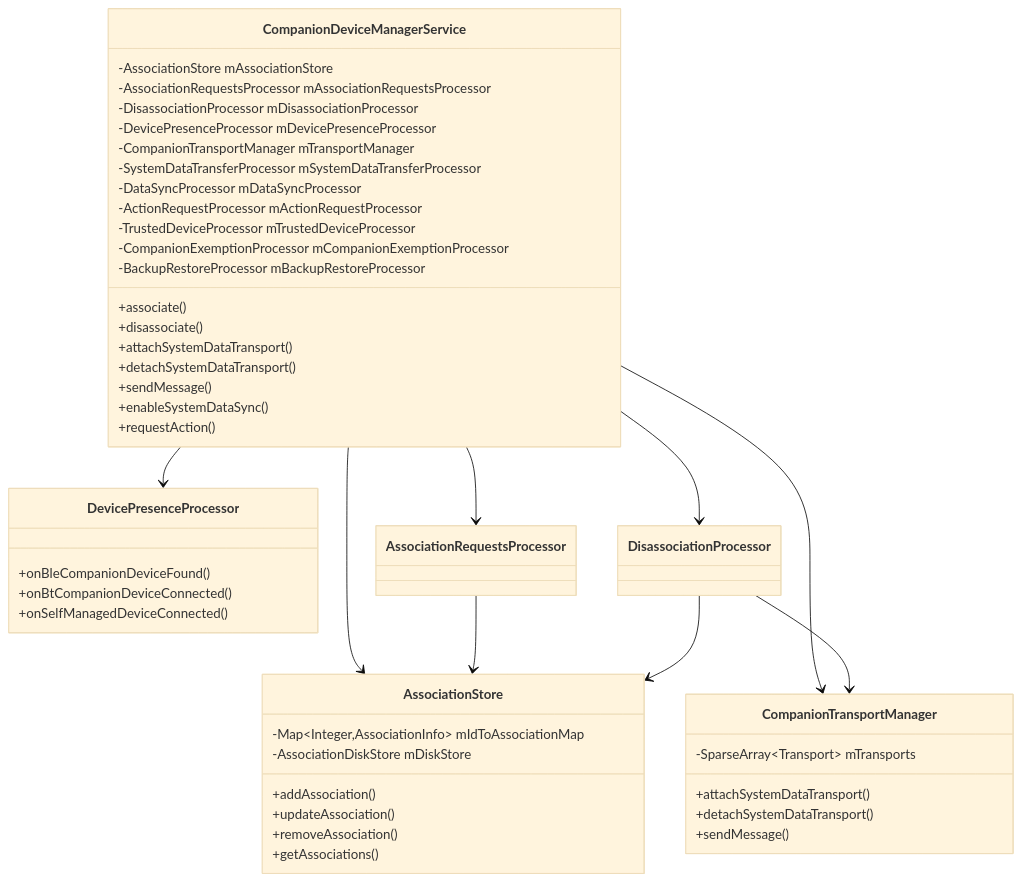
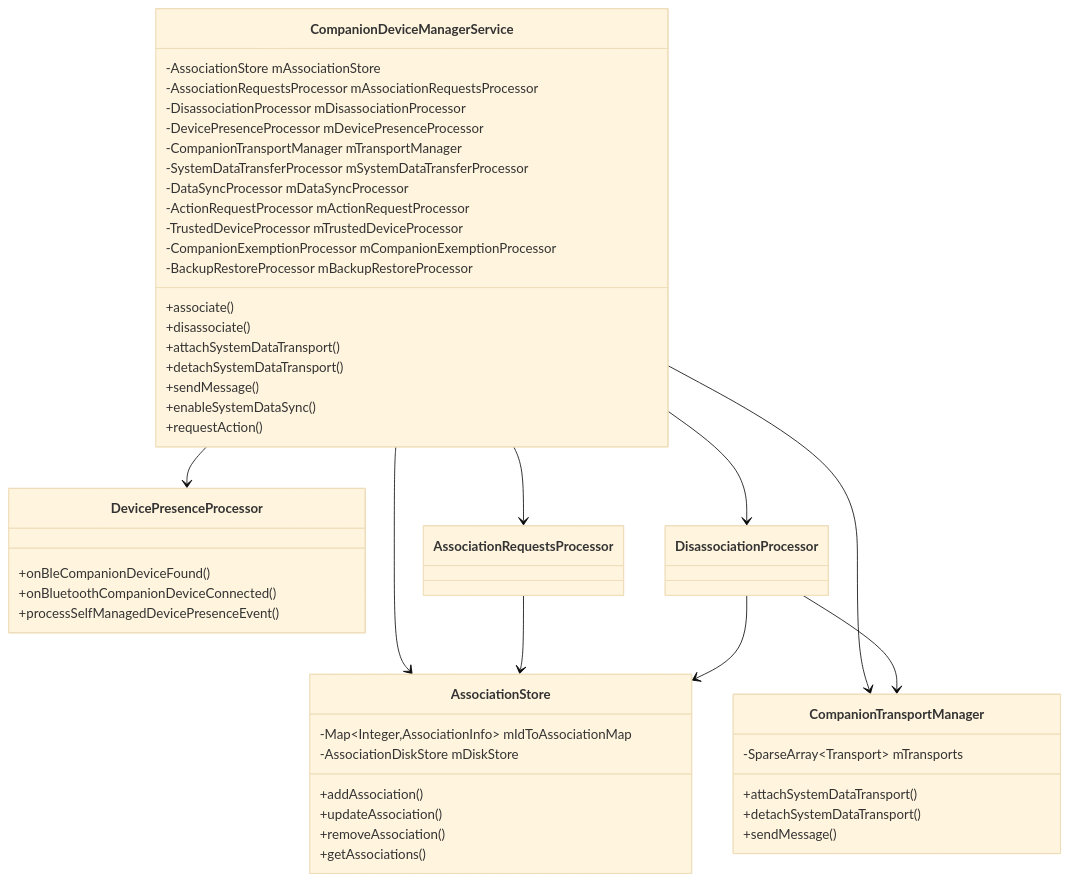
The first of 19 diagrams in agents/claude/skills/aosp-ai-and-devices/52-companion-virtual-device.md (aospbooks/aosp-internal-book), drawn with Mermaid (base theme) before and after one commit. The commit also changed other lines of this file and 218 other files, not shown here.

````diff
--- a/agents/claude/skills/aosp-ai-and-devices/52-companion-virtual-device.md
+++ b/agents/claude/skills/aosp-ai-and-devices/52-companion-virtual-device.md
@@ -62,54 +62,54 @@
 ```mermaid
 classDiagram
     class CompanionDeviceManagerService {
         -AssociationStore mAssociationStore
         -AssociationRequestsProcessor mAssociationRequestsProcessor
         -DisassociationProcessor mDisassociationProcessor
         -DevicePresenceProcessor mDevicePresenceProcessor
         -CompanionTransportManager mTransportManager
         -SystemDataTransferProcessor mSystemDataTransferProcessor
         -DataSyncProcessor mDataSyncProcessor
         -ActionRequestProcessor mActionRequestProcessor
         -TrustedDeviceProcessor mTrustedDeviceProcessor
         -CompanionExemptionProcessor mCompanionExemptionProcessor
         -BackupRestoreProcessor mBackupRestoreProcessor
         +associate()
         +disassociate()
         +attachSystemDataTransport()
         +detachSystemDataTransport()
         +sendMessage()
         +enableSystemDataSync()
         +requestAction()
     }
 
     class AssociationStore {
         -Map~Integer,AssociationInfo~ mIdToAssociationMap
         -AssociationDiskStore mDiskStore
         +addAssociation()
         +updateAssociation()
         +removeAssociation()
         +getAssociations()
     }
 
     class CompanionTransportManager {
         -SparseArray~Transport~ mTransports
         +attachSystemDataTransport()
         +detachSystemDataTransport()
         +sendMessage()
     }
 
     class DevicePresenceProcessor {
         +onBleCompanionDeviceFound()
-        +onBtCompanionDeviceConnected()
-        +onSelfManagedDeviceConnected()
+        +onBluetoothCompanionDeviceConnected()
+        +processSelfManagedDevicePresenceEvent()
     }
 
     CompanionDeviceManagerService --> AssociationStore
     CompanionDeviceManagerService --> CompanionTransportManager
     CompanionDeviceManagerService --> DevicePresenceProcessor
     CompanionDeviceManagerService --> AssociationRequestsProcessor
     CompanionDeviceManagerService --> DisassociationProcessor
     AssociationRequestsProcessor --> AssociationStore
     DisassociationProcessor --> AssociationStore
     DisassociationProcessor --> CompanionTransportManager
 ```
````
